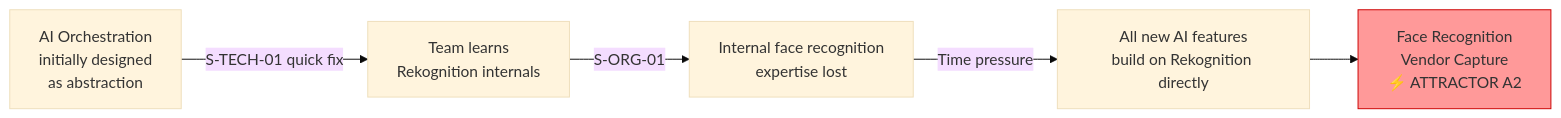
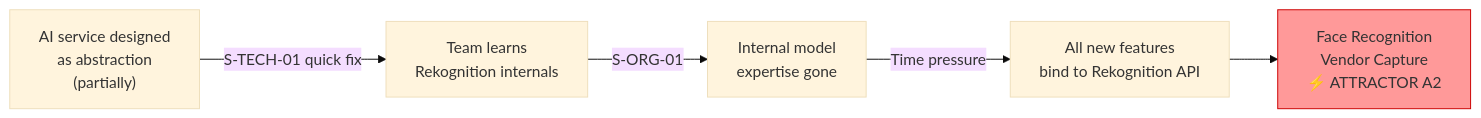
The second of 4 diagrams in docs/residuality-theory/attractors-analysis.md (magnusbakken/residuality-example), drawn with Mermaid (base theme) before and after one commit. The commit also changed other lines of this file and 15 other files, not shown here.

````diff
--- a/docs/residuality-theory/attractors-analysis.md
+++ b/docs/residuality-theory/attractors-analysis.md
@@ -69,9 +62,9 @@
 ```mermaid
 graph LR
-    A2_start["AI Orchestration\ninitially designed\nas abstraction"] -->|S-TECH-01 quick fix| A2_patch["Team learns\nRekognition internals"]
-    A2_patch -->|S-ORG-01| A2_loss["Internal face recognition\nexpertise lost"]
-    A2_loss -->|Time pressure| A2_deepens["All new AI features\nbuild on Rekognition directly"]
+    A2_start["AI service designed\nas abstraction\n(partially)"] -->|S-TECH-01 quick fix| A2_patch["Team learns\nRekognition internals"]
+    A2_patch -->|S-ORG-01| A2_loss["Internal model\nexpertise gone"]
+    A2_loss -->|Time pressure| A2_deepens["All new features\nbind to Rekognition API"]
     A2_deepens --> A2_stable["Face Recognition\nVendor Capture\n⚡ ATTRACTOR A2"]
 
     style A2_stable fill:#ff9999,stroke:#cc0000
 ```
````
